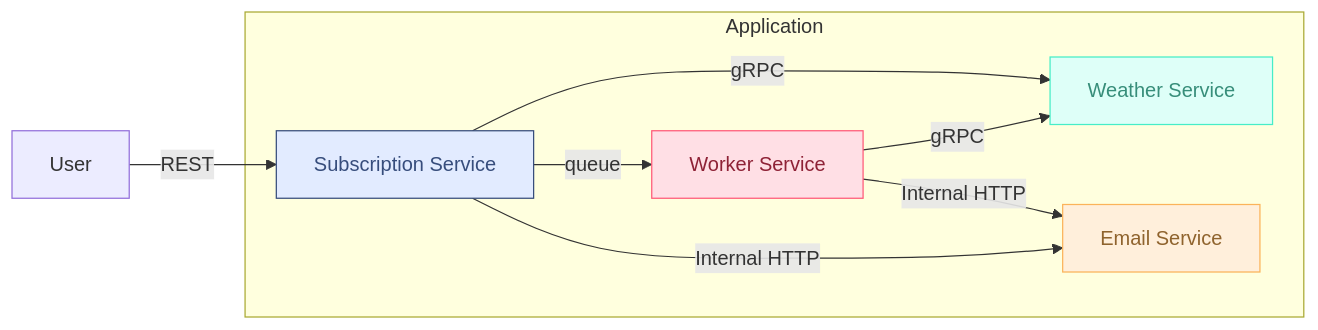
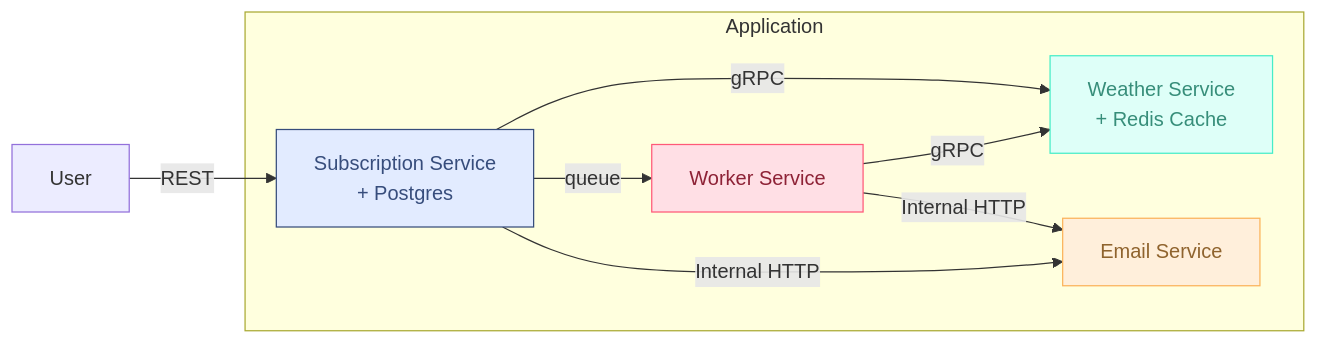
The second of 2 diagrams in docs/rfc/rfc-001.md (GenesisEducationKyiv/software-engineering-school-5-0-mykyyta), drawn with Mermaid before and after one commit. The commit also changed other lines of this file, not shown here.

Commit message:
add db to chart

````diff
--- a/docs/rfc/rfc-001.md
+++ b/docs/rfc/rfc-001.md
@@ -176,23 +176,25 @@
 ```mermaid
 flowchart LR
-    USER[User] -->|REST| SUB[Subscription Service]:::Sky
+    USER[User] -->|REST| SUB[Subscription Service
+    + Postgres]:::Sky
 
     subgraph Application
         SUB
-        WTH[Weather Service]:::Aqua
+        WTH[Weather Service
+        + Redis Cache]:::Aqua
         EM[Email Service]:::Peach
         WRK[Worker Service]:::Rose
 
         SUB -->|gRPC| WTH
         WRK -->|Internal HTTP| EM
         SUB -->|Internal HTTP| EM
         SUB --> |queue| WRK
         WRK -->|gRPC| WTH
         
     end
 
     classDef Peach stroke-width:1px,stroke-dasharray:none,stroke:#FBB35A,fill:#FFEFDB,color:#8F632D;
     classDef Aqua  stroke-width:1px,stroke-dasharray:none,stroke:#46EDC8,fill:#DEFFF8,color:#378E7A;
     classDef Sky   stroke-width:1px,stroke-dasharray:none,stroke:#374D7C,fill:#E2EBFF,color:#374D7C;
     classDef Rose  stroke-width:1px,stroke-dasharray:none,stroke:#FF5978,fill:#FFDFE5,color:#8E2236;
 ```
````
